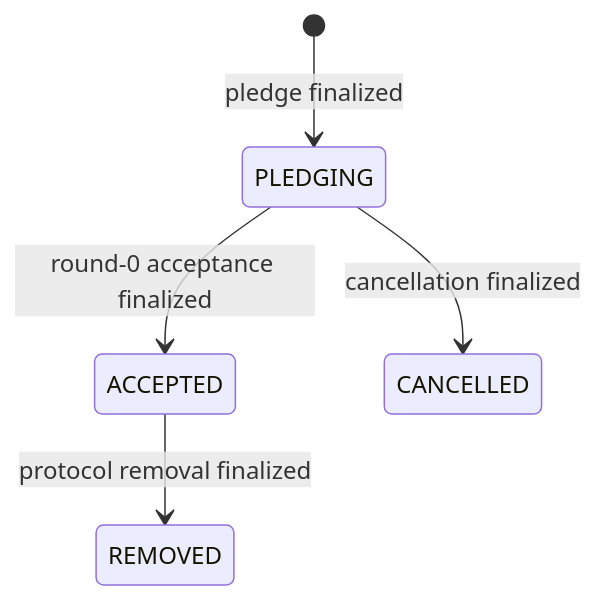
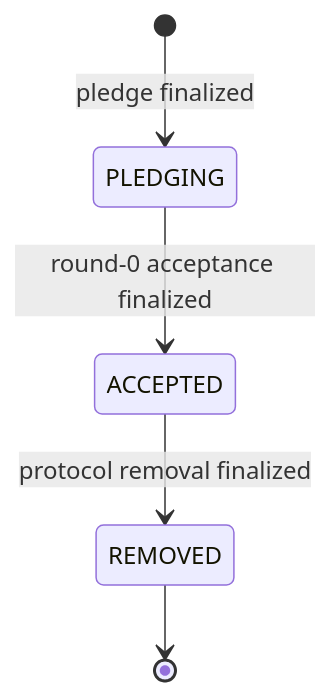
One commit to MixinNetwork/mixin changed the diagram in doc/mixin-kernel-node-operations.md. Above: the diagram before and after it, drawn with Mermaid. The commit also changed other lines of this file and 8 other files, not shown here.

````diff
--- a/doc/mixin-kernel-node-operations.md
+++ b/doc/mixin-kernel-node-operations.md
@@ -18,7 +18,7 @@
 ```mermaid
 stateDiagram-v2
     [*] --> PLEDGING: pledge finalized
     PLEDGING --> ACCEPTED: round-0 acceptance finalized
-    PLEDGING --> CANCELLED: cancellation finalized
     ACCEPTED --> REMOVED: protocol removal finalized
+    REMOVED --> [*]
 ```
````
